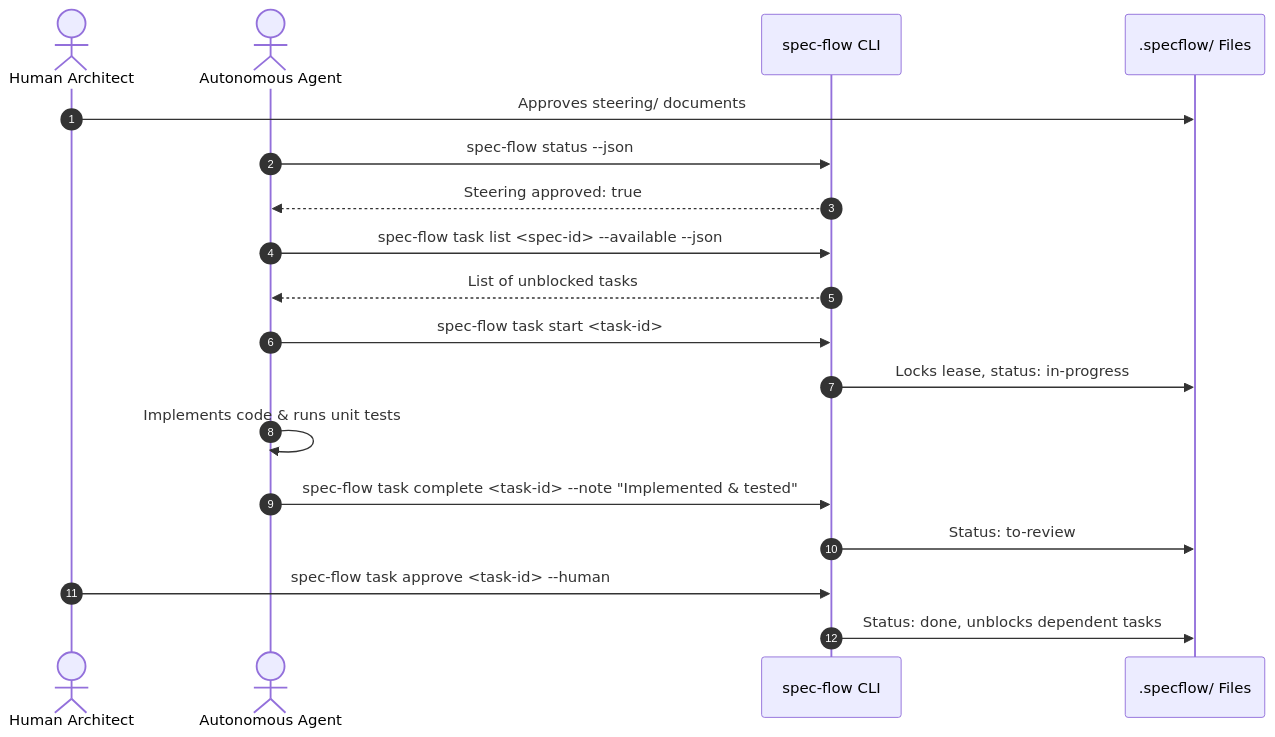
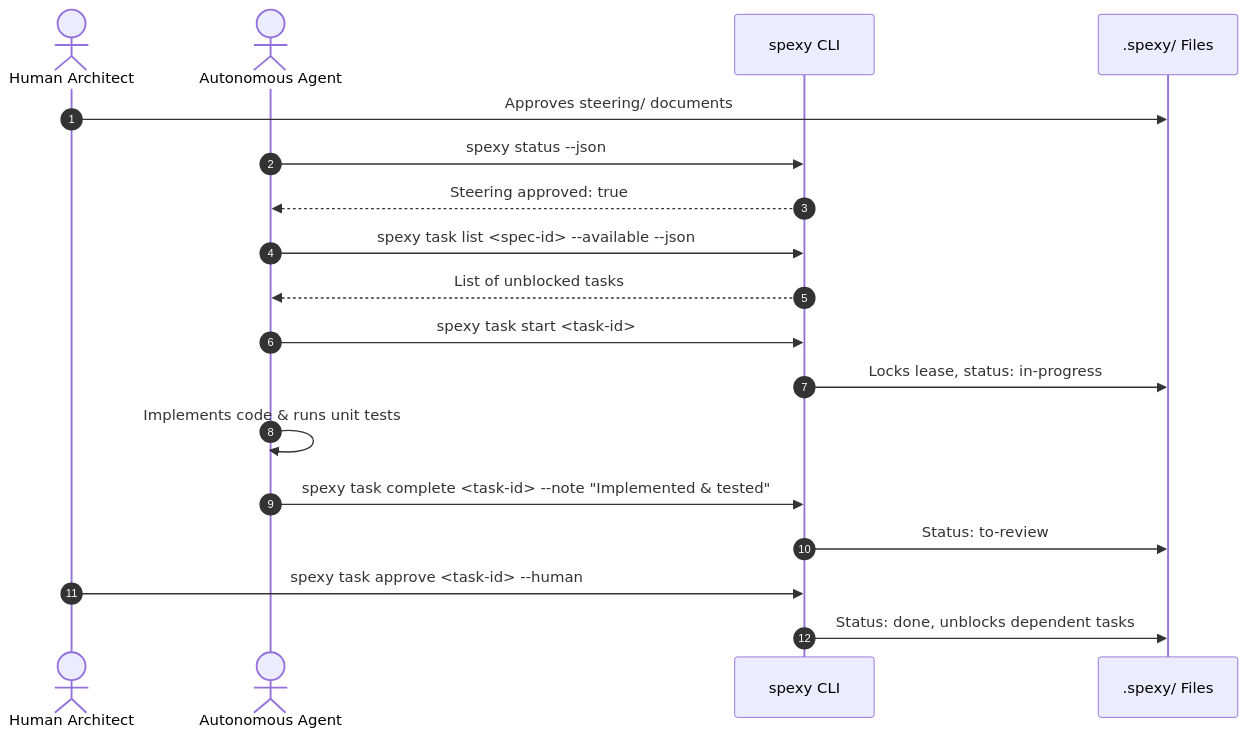
The diagram in docs/ONBOARDING.md (asaurabhprsas/spexy), drawn with Mermaid before and after one commit. The commit also changed other lines of this file and 187 other files, not shown here.

Commit message:
chore: rename project from Spec-Flow to Spexy across entire workspace

````diff
--- a/docs/ONBOARDING.md
+++ b/docs/ONBOARDING.md
@@ -36,21 +36,21 @@
 ```mermaid
 sequenceDiagram
     autonumber
     actor Human as Human Architect
     actor Agent as Autonomous Agent
-    participant CLI as spec-flow CLI
-    participant FS as .specflow/ Files
+    participant CLI as spexy CLI
+    participant FS as .spexy/ Files
 
     Human->>FS: Approves steering/ documents
-    Agent->>CLI: spec-flow status --json
+    Agent->>CLI: spexy status --json
     CLI-->>Agent: Steering approved: true
-    Agent->>CLI: spec-flow task list <spec-id> --available --json
+    Agent->>CLI: spexy task list <spec-id> --available --json
     CLI-->>Agent: List of unblocked tasks
-    Agent->>CLI: spec-flow task start <task-id>
+    Agent->>CLI: spexy task start <task-id>
     CLI->>FS: Locks lease, status: in-progress
     Agent->>Agent: Implements code & runs unit tests
-    Agent->>CLI: spec-flow task complete <task-id> --note "Implemented & tested"
+    Agent->>CLI: spexy task complete <task-id> --note "Implemented & tested"
     CLI->>FS: Status: to-review
-    Human->>CLI: spec-flow task approve <task-id> --human
+    Human->>CLI: spexy task approve <task-id> --human
     CLI->>FS: Status: done, unblocks dependent tasks
 ```
````
